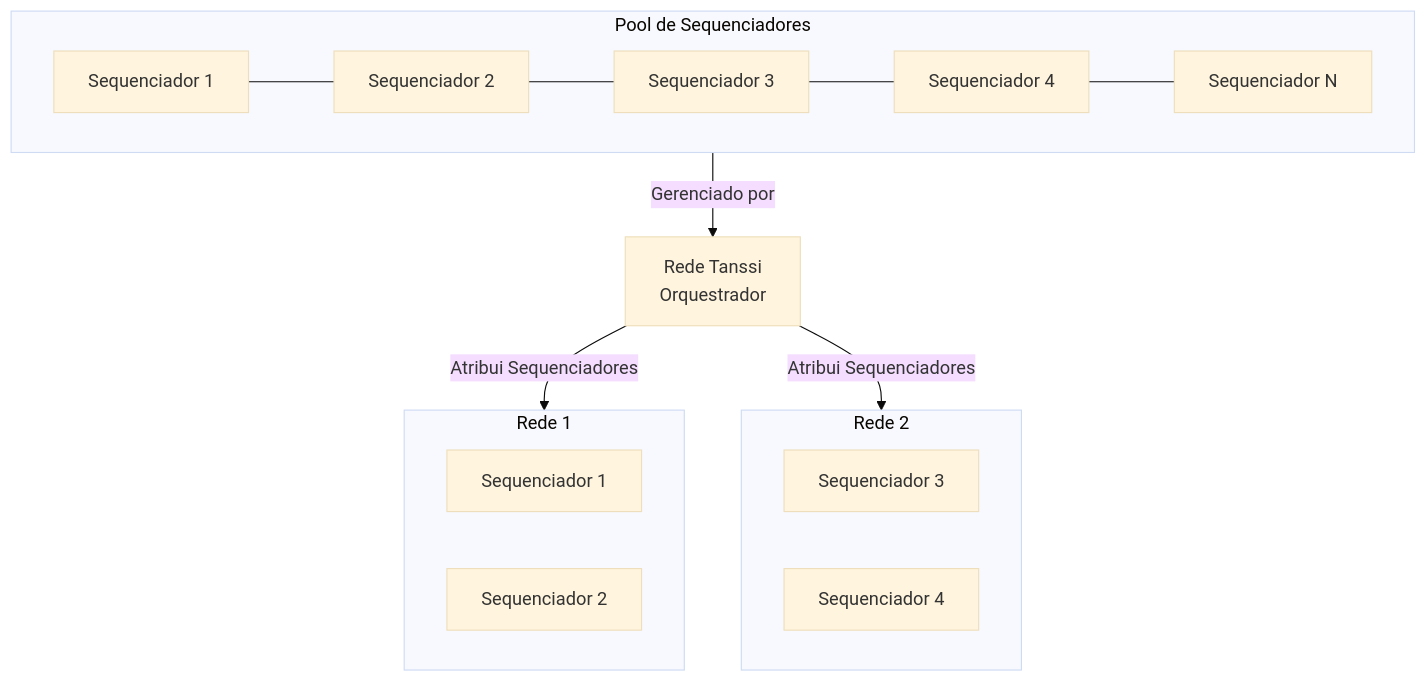
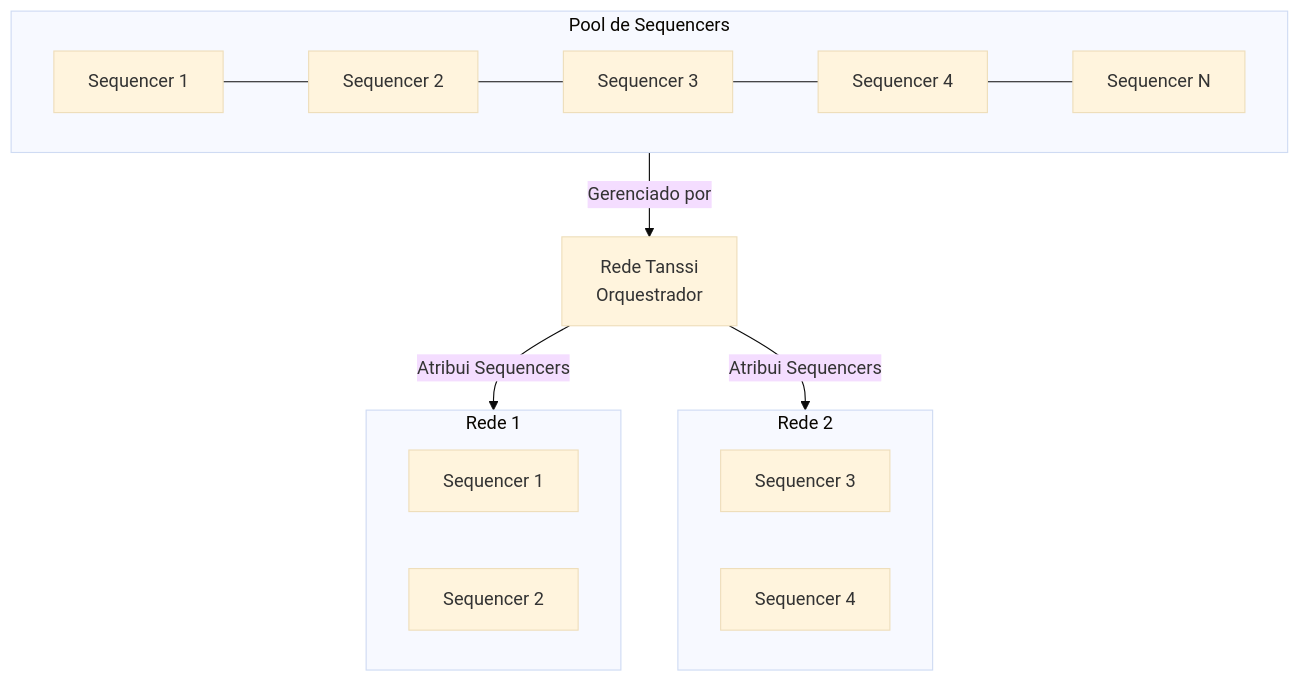
Before and after one commit to moondance-labs/tanssi-docs: the diagram in pt/learn/tanssi/network-services/block-production.md, drawn with Mermaid (base theme). The commit also changed other lines of this file and 103 other files, not shown here.

````diff
--- a/pt/learn/tanssi/network-services/block-production.md
+++ b/pt/learn/tanssi/network-services/block-production.md
@@ -33,29 +33,29 @@
 ```mermaid
 flowchart TB
     subgraph network1 [Rede 1]
-        s1bis[Sequenciador 1]
-        s2bis[Sequenciador 2]
+        s1bis[Sequencer 1]
+        s2bis[Sequencer 2]
     end
 
     subgraph network2 [Rede 2]
-        s3bis[Sequenciador 3]
-        s4bis[Sequenciador 4]
+        s3bis[Sequencer 3]
+        s4bis[Sequencer 4]
     end
 
     Tanssi[Rede Tanssi<br/>Orquestrador]
 
-    subgraph sequencers [Pool de Sequenciadores]
+    subgraph sequencers [Pool de Sequencers]
         direction LR
-        s1[Sequenciador 1]
-        s2[Sequenciador 2]
-        s3[Sequenciador 3]
-        s4[Sequenciador 4]
-        sn[Sequenciador N]
+        s1[Sequencer 1]
+        s2[Sequencer 2]
+        s3[Sequencer 3]
+        s4[Sequencer 4]
+        sn[Sequencer N]
 
         s1 --- s2 --- s3 --- s4 --- sn
     end
 
     sequencers -- Gerenciado por --> Tanssi
-    Tanssi -- Atribui Sequenciadores --> network1
-    Tanssi -- Atribui Sequenciadores --> network2
+    Tanssi -- Atribui Sequencers --> network1
+    Tanssi -- Atribui Sequencers --> network2
 ```
````
